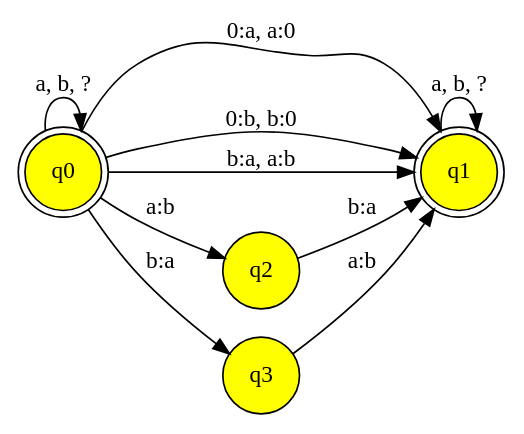
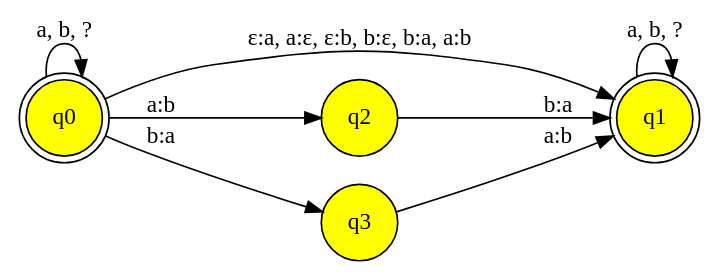
Before and after one commit to flammie/purplemonkeydishwasher: the diagram in diss/edit1-ab-unw.dot, drawn with Graphviz. The commit also changed 6 other files, not shown here.

```diff
--- a/diss/edit1-ab-unw.dot
+++ b/diss/edit1-ab-unw.dot
@@ -1,19 +1,17 @@
 // This graph generated with hfst-fst2txt
 digraph "text(edit1-ab-unw.tsv)" {
 charset = UTF8;
 rankdir = LR;
 node [shape=circle,style=filled,fillcolor=yellow]
 q0 [shape=doublecircle,label="q0"] 
 q1 [shape=doublecircle,label="q1"] 
 q2 [label="q2"] 
 q3 [label="q3"] 
 q0 -> q0 [label="a, b, ? "];
-q0 -> q1 [label="0:a, a:0"]
-q0 -> q1 [label="0:b, b:0"];
-q0 -> q1 [label="b:a, a:b "];
+q0 -> q1 [label="&#949;:a, a:&#949;, &#949;:b, b:&#949;, b:a, a:b "];
 q0 -> q2 [label="a:b "];
 q0 -> q3 [label="b:a "];
 q1 -> q1 [label="a, b, ? "];
 q2 -> q1 [label="b:a "];
 q3 -> q1 [label="a:b "];
 }
```
